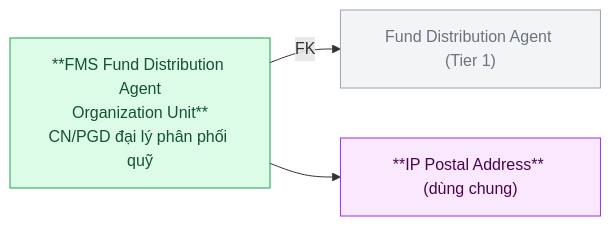
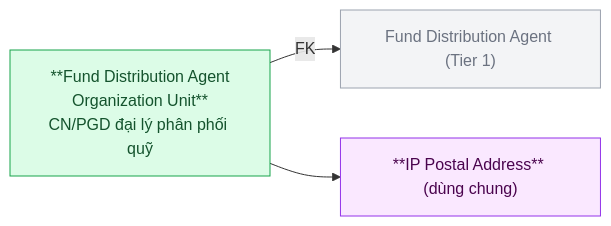
The eighth of 16 diagrams in Silver/hld/FMS_HLD_Tier2.md (linhlvit/ubck_atomic_design), drawn with Mermaid before and after one commit. The commit also changed other lines of this file and 32 other files, not shown here.

````diff
--- a/Silver/hld/FMS_HLD_Tier2.md
+++ b/Silver/hld/FMS_HLD_Tier2.md
@@ -189,13 +189,13 @@
 ```mermaid
 graph LR
     classDef silver fill:#dcfce7,stroke:#16a34a,color:#14532d
     classDef shared fill:#fae8ff,stroke:#9333ea,color:#4a044e
     classDef refnode fill:#f3f4f6,stroke:#9ca3af,color:#6b7280
 
     FDA["Fund Distribution Agent (Tier 1)"]:::refnode
-    AGOU["**FMS Fund Distribution Agent\nOrganization Unit**\nCN/PGD đại lý phân phối quỹ"]:::silver
+    AGOU["**Fund Distribution Agent\nOrganization Unit**\nCN/PGD đại lý phân phối quỹ"]:::silver
     ADDR["**IP Postal Address** (dùng chung)"]:::shared
 
     AGOU -->|FK| FDA
     AGOU --> ADDR
 ```
````
